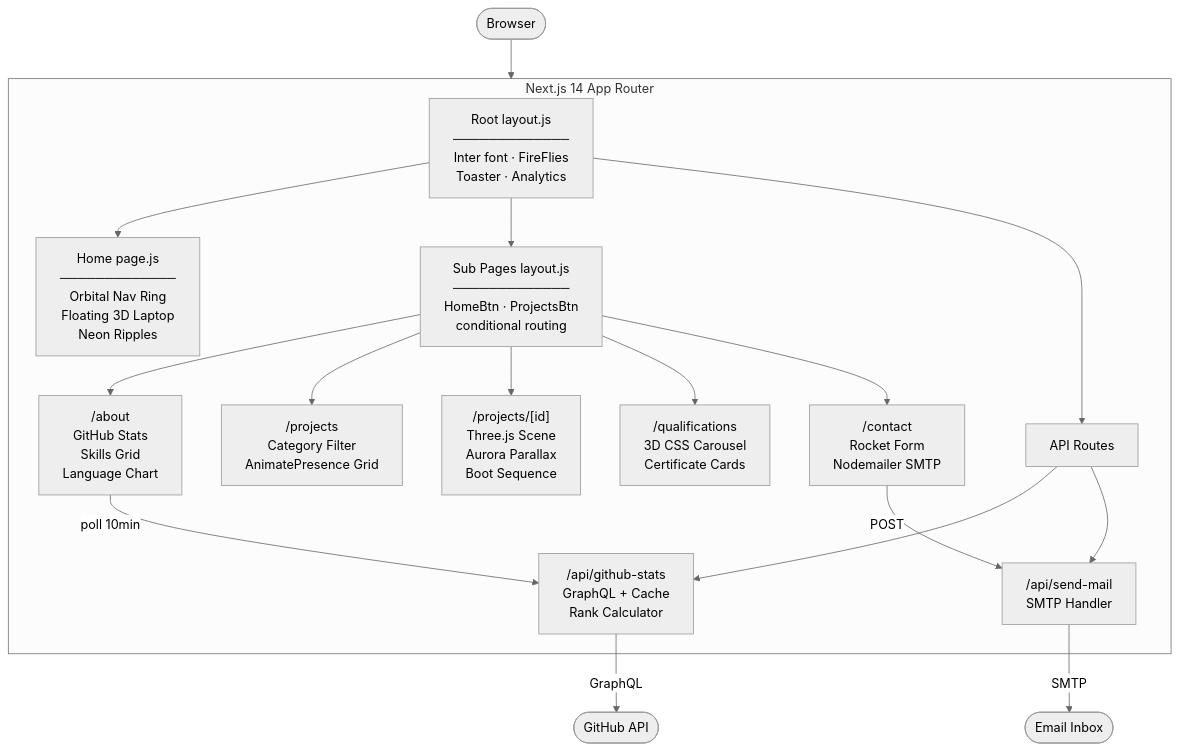
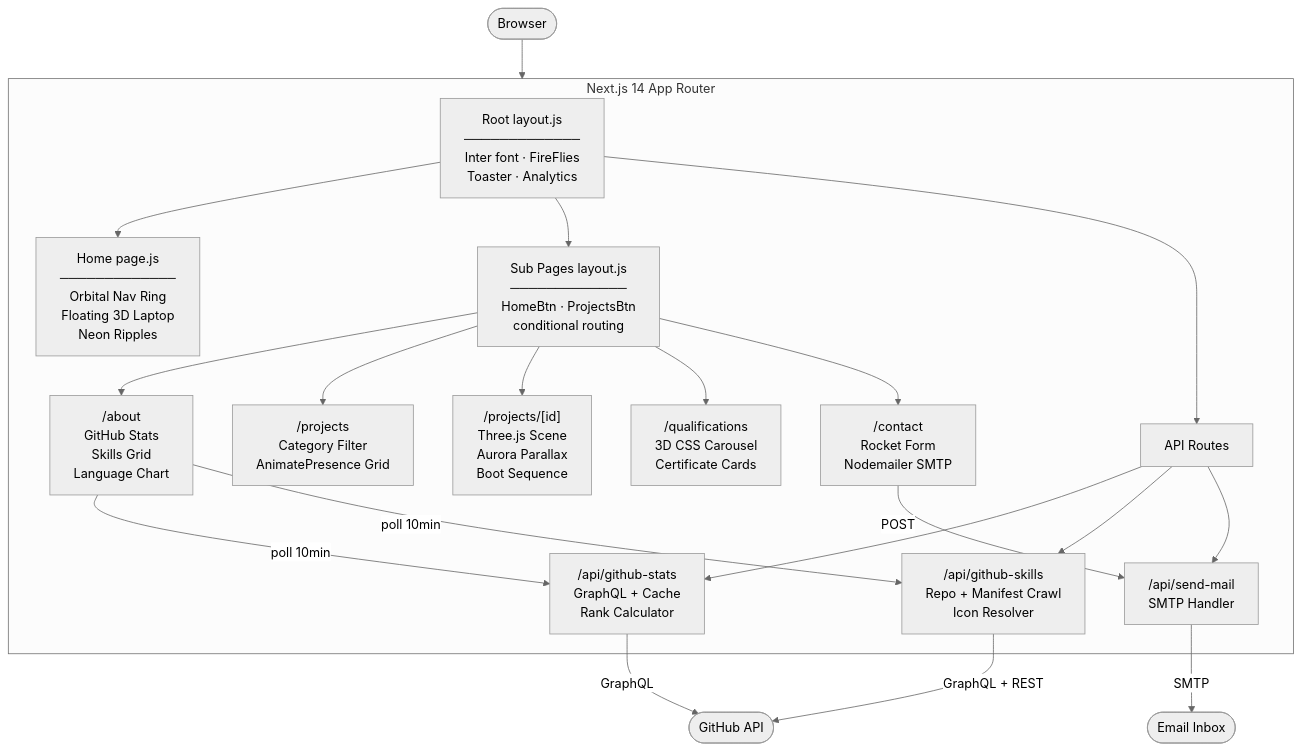
Before and after one commit to MA1002643/theabdullahfolio: the first of 2 diagrams in README.md, drawn with Mermaid (neutral theme). The commit also changed other lines of this file and 1 other file, not shown here.

Commit message:
feat: add live skills grid to about page, sourced from GitHub crawl with icon mapping and accessibility features

````diff
--- a/README.md
+++ b/README.md
@@ -134,27 +135,30 @@
 ```mermaid
 graph TD
     Browser([Browser]) --> AppRouter
 
     subgraph AppRouter["Next.js 14 App Router"]
         Root["Root layout.js<br/>─────────────<br/>Inter font · FireFlies<br/>Toaster · Analytics"]
 
         Root --> Home["Home page.js<br/>─────────────<br/>Orbital Nav Ring<br/>Floating 3D Laptop<br/>Neon Ripples"]
 
         Root --> SubLayout["Sub Pages layout.js<br/>─────────────<br/>HomeBtn · ProjectsBtn<br/>conditional routing"]
 
         SubLayout --> About["/about<br/>GitHub Stats<br/>Skills Grid<br/>Language Chart"]
         SubLayout --> Projects["/projects<br/>Category Filter<br/>AnimatePresence Grid"]
         SubLayout --> ProjectDetail["/projects/[id]<br/>Three.js Scene<br/>Aurora Parallax<br/>Boot Sequence"]
         SubLayout --> Qualifications["/qualifications<br/>3D CSS Carousel<br/>Certificate Cards"]
         SubLayout --> Contact["/contact<br/>Rocket Form<br/>Nodemailer SMTP"]
 
         Root --> API["API Routes"]
         API --> GHStats["/api/github-stats<br/>GraphQL + Cache<br/>Rank Calculator"]
+        API --> GHSkills["/api/github-skills<br/>Repo + Manifest Crawl<br/>Icon Resolver"]
         API --> SendMail["/api/send-mail<br/>SMTP Handler"]
     end
 
     About -- "poll 10min" --> GHStats
+    About -- "poll 10min" --> GHSkills
     Contact -- "POST" --> SendMail
     SendMail -- "SMTP" --> Email([Email Inbox])
     GHStats -- "GraphQL" --> GitHub([GitHub API])
+    GHSkills -- "GraphQL + REST" --> GitHub
 ```
````
